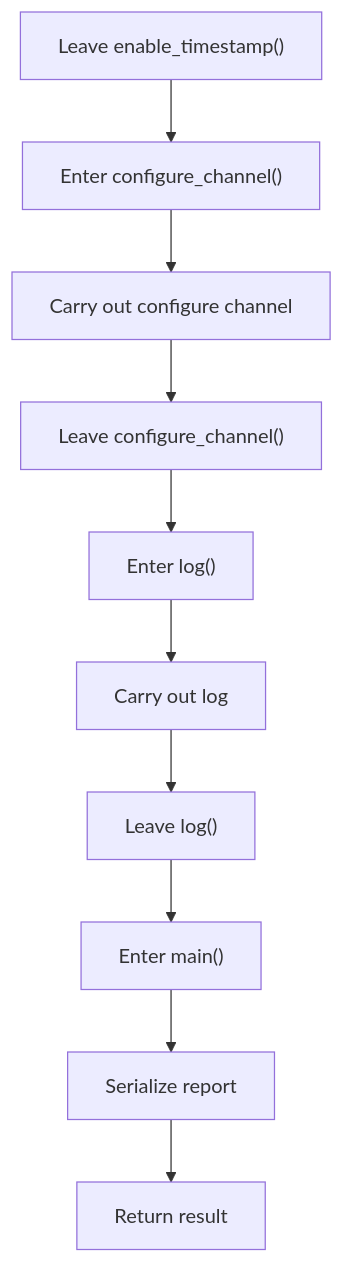
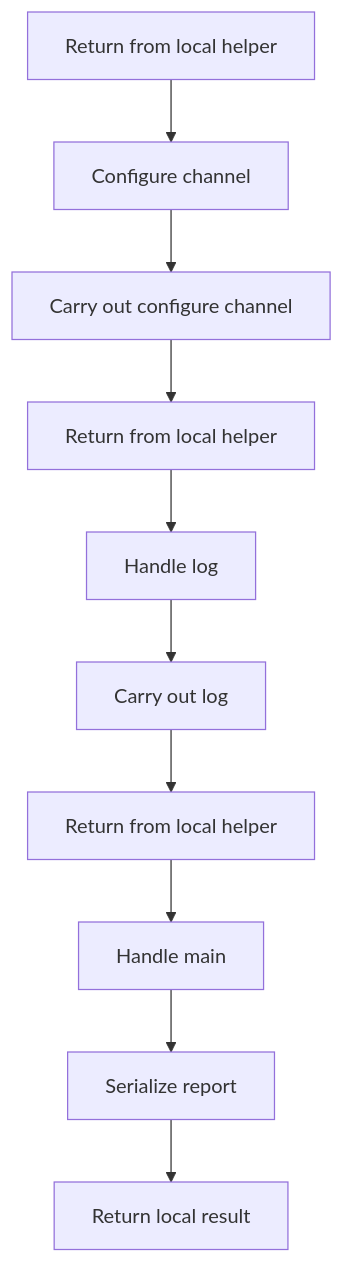
Before and after one commit to JohnAndrewBalbarosa/NeoTerritory: the second of 9 diagrams in docs/Codebase/LegacyPatternTransformSamples/legacy_singleton_to_builder_sample.cpp.md, drawn with Mermaid. The commit also changed other lines of this file and 925 other files, not shown here.

````diff
--- a/docs/Codebase/LegacyPatternTransformSamples/legacy_singleton_to_builder_sample.cpp.md
+++ b/docs/Codebase/LegacyPatternTransformSamples/legacy_singleton_to_builder_sample.cpp.md
@@ -49,22 +48,22 @@
 ```mermaid
 flowchart TD
-    N0["Leave enable_timestamp()"]
-    N1["Enter configure_channel()"]
+    N0["Return from local helper"]
+    N1["Configure channel"]
     N2["Carry out configure channel"]
-    N3["Leave configure_channel()"]
-    N4["Enter log()"]
+    N3["Return from local helper"]
+    N4["Handle log"]
     N5["Carry out log"]
-    N6["Leave log()"]
-    N7["Enter main()"]
+    N6["Return from local helper"]
+    N7["Handle main"]
     N8["Serialize report"]
-    N9["Return result"]
+    N9["Return local result"]
     N0 --> N1
     N1 --> N2
     N2 --> N3
     N3 --> N4
     N4 --> N5
     N5 --> N6
     N6 --> N7
     N7 --> N8
     N8 --> N9
 ```
````
